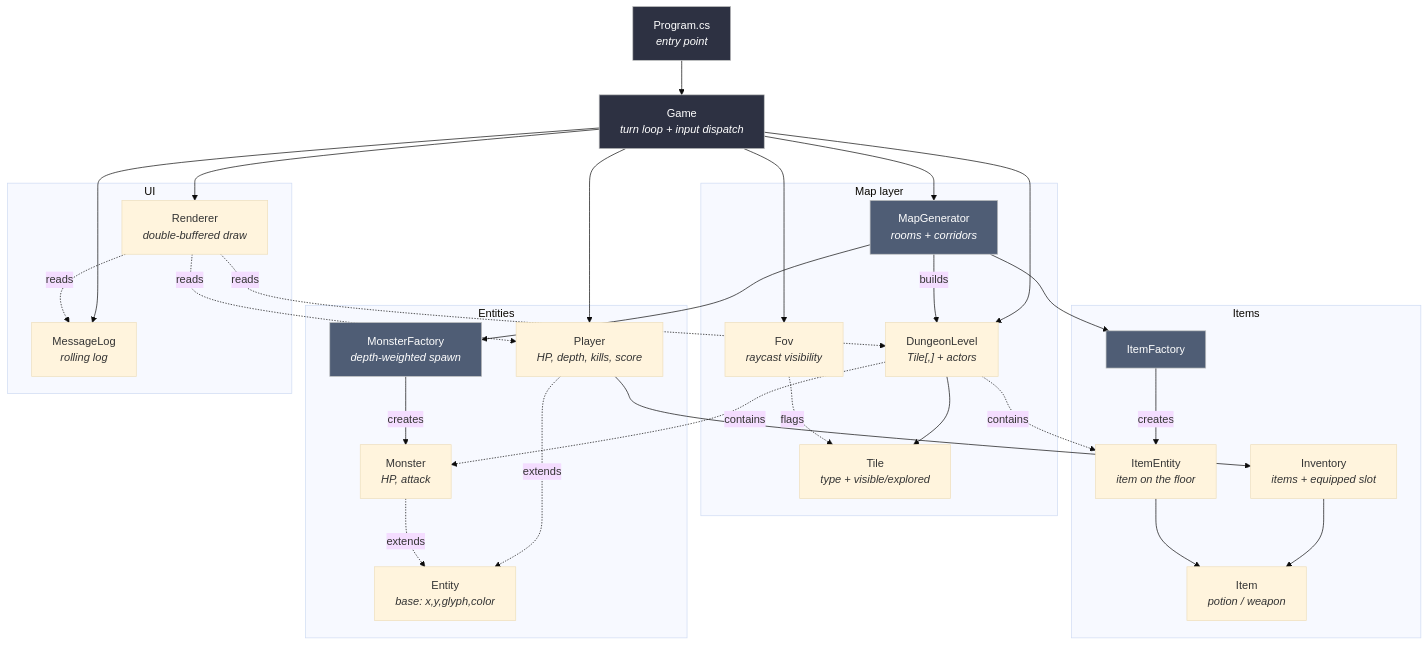
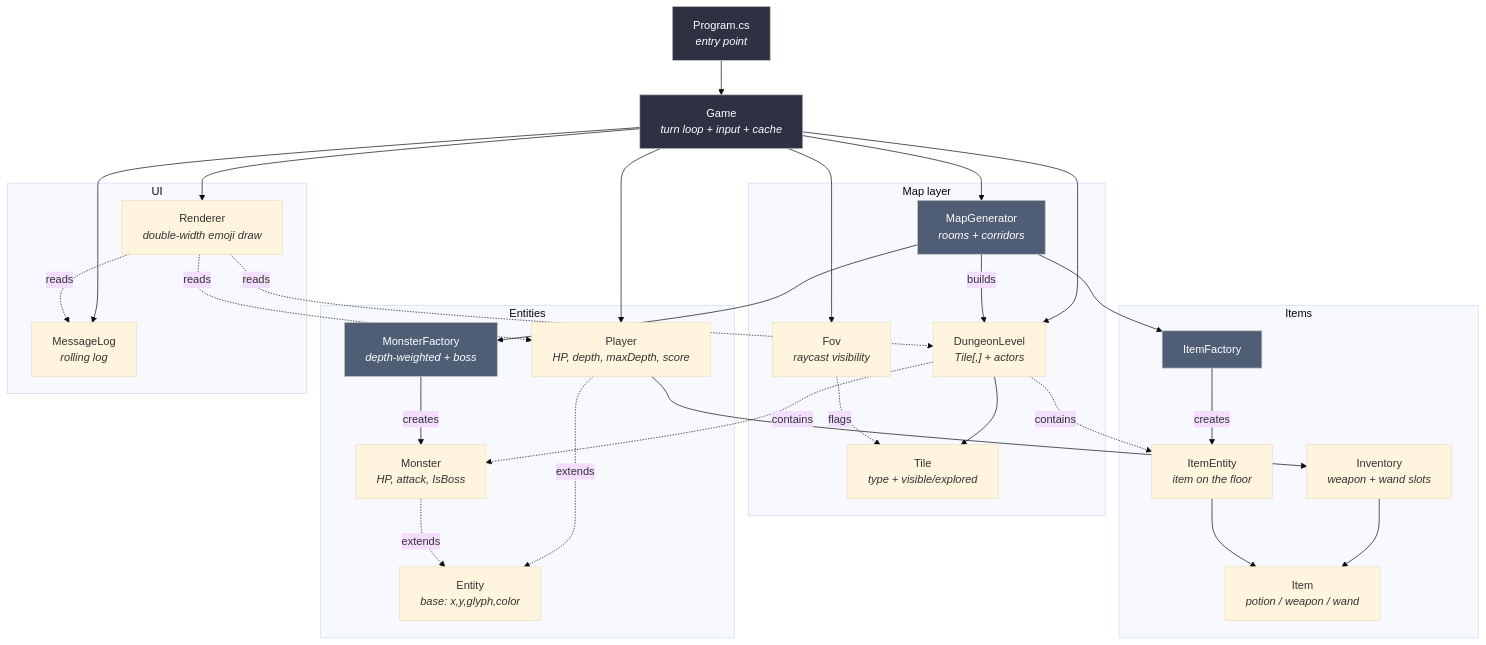
Before and after one commit to chadmichel/RogueDotNet: the first of 3 diagrams in README.md, drawn with Mermaid (base theme). The commit also changed other lines of this file, not shown here.

````diff
--- a/README.md
+++ b/README.md
@@ -31,68 +280,68 @@
 ```mermaid
 graph TD
     Program["Program.cs<br/><i>entry point</i>"] --> Game
 
-    Game["Game<br/><i>turn loop + input dispatch</i>"]
+    Game["Game<br/><i>turn loop + input + cache</i>"]
 
     subgraph Map["Map layer"]
         MapGenerator["MapGenerator<br/><i>rooms + corridors</i>"]
         DungeonLevel["DungeonLevel<br/><i>Tile[,] + actors</i>"]
         Tile["Tile<br/><i>type + visible/explored</i>"]
         Fov["Fov<br/><i>raycast visibility</i>"]
     end
 
     subgraph Entities
         Entity["Entity<br/><i>base: x,y,glyph,color</i>"]
-        Player["Player<br/><i>HP, depth, kills, score</i>"]
-        Monster["Monster<br/><i>HP, attack</i>"]
-        MonsterFactory["MonsterFactory<br/><i>depth-weighted spawn</i>"]
+        Player["Player<br/><i>HP, depth, maxDepth, score</i>"]
+        Monster["Monster<br/><i>HP, attack, IsBoss</i>"]
+        MonsterFactory["MonsterFactory<br/><i>depth-weighted + boss</i>"]
     end
 
     subgraph Items
-        Item["Item<br/><i>potion / weapon</i>"]
+        Item["Item<br/><i>potion / weapon / wand</i>"]
         ItemEntity["ItemEntity<br/><i>item on the floor</i>"]
-        Inventory["Inventory<br/><i>items + equipped slot</i>"]
+        Inventory["Inventory<br/><i>weapon + wand slots</i>"]
         ItemFactory["ItemFactory"]
     end
 
     subgraph UI
-        Renderer["Renderer<br/><i>double-buffered draw</i>"]
+        Renderer["Renderer<br/><i>double-width emoji draw</i>"]
         MessageLog["MessageLog<br/><i>rolling log</i>"]
     end
 
     Game --> Player
     Game --> DungeonLevel
     Game --> MapGenerator
     Game --> Fov
     Game --> Renderer
     Game --> MessageLog
 
     MapGenerator -->|builds| DungeonLevel
     MapGenerator --> MonsterFactory
     MapGenerator --> ItemFactory
 
     DungeonLevel --> Tile
     DungeonLevel -.contains.-> Monster
     DungeonLevel -.contains.-> ItemEntity
 
     Player --> Inventory
     Inventory --> Item
     ItemEntity --> Item
 
     MonsterFactory -->|creates| Monster
     ItemFactory -->|creates| ItemEntity
 
     Fov -.flags.-> Tile
 
     Player -.extends.-> Entity
     Monster -.extends.-> Entity
 
     Renderer -.reads.-> DungeonLevel
     Renderer -.reads.-> Player
     Renderer -.reads.-> MessageLog
 
     classDef core fill:#2d3142,stroke:#bfc0c0,color:#fff
     classDef factory fill:#4f5d75,stroke:#bfc0c0,color:#fff
     class Game,Program core
     class MapGenerator,MonsterFactory,ItemFactory factory
 ```
````
